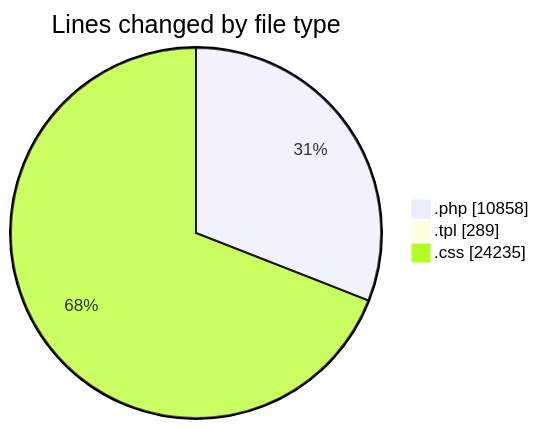
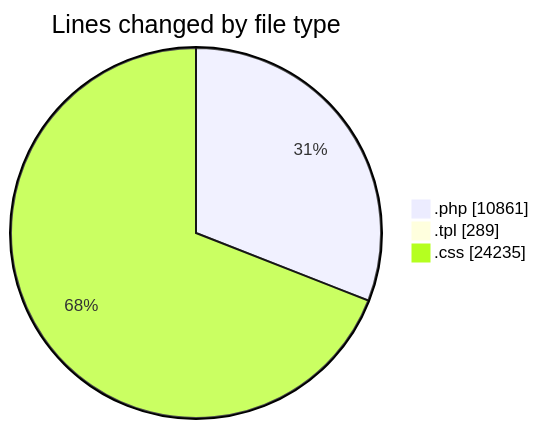
The first of 2 diagrams in 2025-04-18/zeytoon/README.md (vahidmafi/code-tracking), drawn with Mermaid before and after one commit. The commit also changed other lines of this file and 1 other file, not shown here.

````diff
--- a/2025-04-18/zeytoon/README.md
+++ b/2025-04-18/zeytoon/README.md
@@ -34,7 +34,7 @@
 ```mermaid
 pie showData
 title Lines changed by file type
-".php" : 10858
+".php" : 10861
 ".tpl" : 289
 ".css" : 24235
 ```
````
